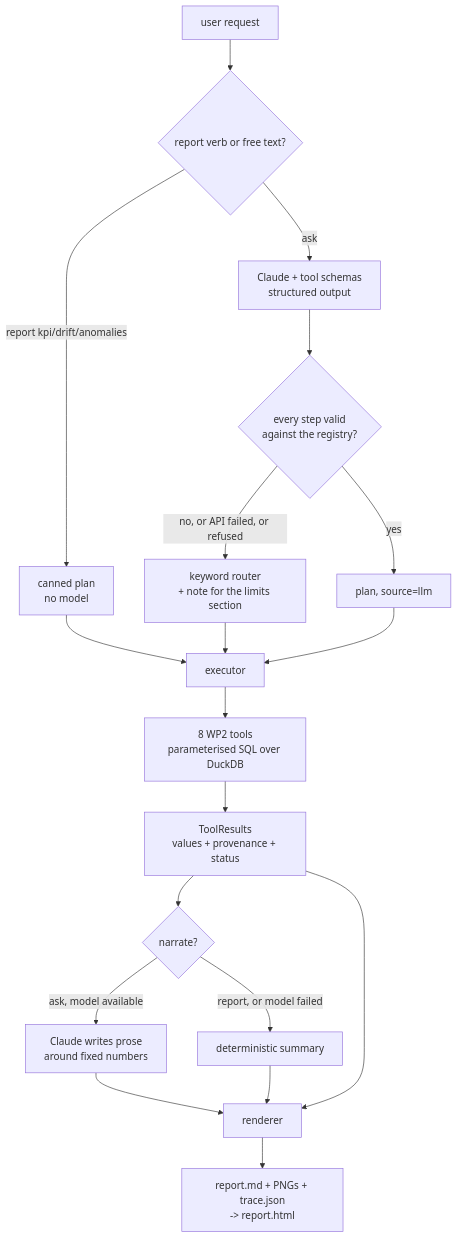
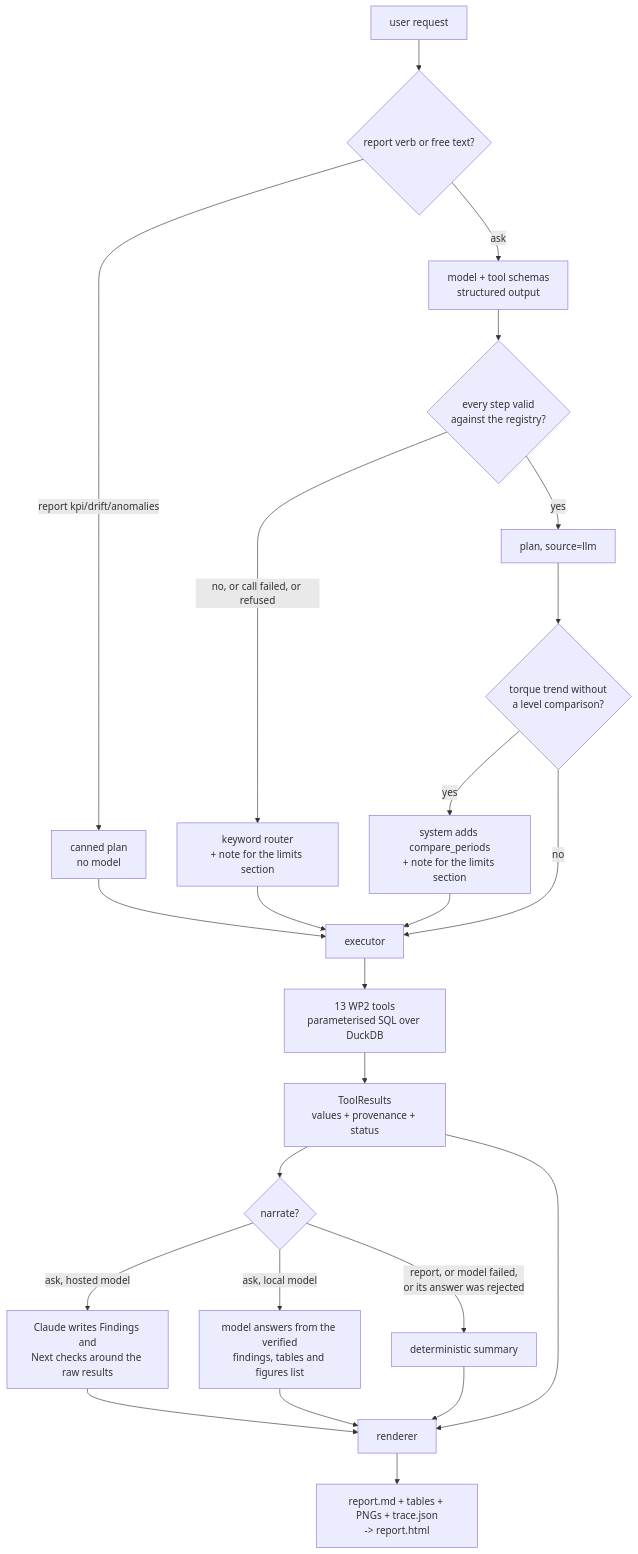
Before and after one commit to Giuseppeclv008/QuerProjectQ3: the diagram in docs/agent-decision-flow.md, drawn with Mermaid. The commit also changed other lines of this file and 3 other files, not shown here.

First line of the commit message:
docs: bring README and the agent decision flow in line with the agent

````diff
--- a/docs/agent-decision-flow.md
+++ b/docs/agent-decision-flow.md
@@ -6,21 +6,26 @@
 ```mermaid
 flowchart TD
     Q[user request] --> C{report verb or free text?}
     C -->|report kpi/drift/anomalies| R[canned plan<br/>no model]
-    C -->|ask| L[Claude + tool schemas<br/>structured output]
+    C -->|ask| L[model + tool schemas<br/>structured output]
     L --> V{every step valid<br/>against the registry?}
-    V -->|no, or API failed, or refused| K[keyword router<br/>+ note for the limits section]
+    V -->|no, or call failed, or refused| K[keyword router<br/>+ note for the limits section]
     V -->|yes| P[plan, source=llm]
-    R --> E[executor]
+    P --> A{torque trend without<br/>a level comparison?}
+    A -->|yes| A2[system adds compare_periods<br/>+ note for the limits section]
+    A -->|no| E
+    A2 --> E[executor]
+    R --> E
     K --> E
-    P --> E
-    E --> T[8 WP2 tools<br/>parameterised SQL over DuckDB]
+    E --> T[13 WP2 tools<br/>parameterised SQL over DuckDB]
     T --> RES[ToolResults<br/>values + provenance + status]
     RES --> N{narrate?}
-    N -->|ask, model available| LN[Claude writes prose<br/>around fixed numbers]
-    N -->|report, or model failed| DN[deterministic summary]
-    LN --> RD[renderer]
+    N -->|ask, hosted model| HN[Claude writes Findings and<br/>Next checks around the raw results]
+    N -->|ask, local model| LN[model answers from the verified<br/>findings, tables and figures list]
+    N -->|report, or model failed,<br/>or its answer was rejected| DN[deterministic summary]
+    HN --> RD[renderer]
+    LN --> RD
     DN --> RD
     RES --> RD
-    RD --> OUT[report.md + PNGs + trace.json<br/>-> report.html]
+    RD --> OUT[report.md + tables + PNGs + trace.json<br/>-> report.html]
 ```
````
